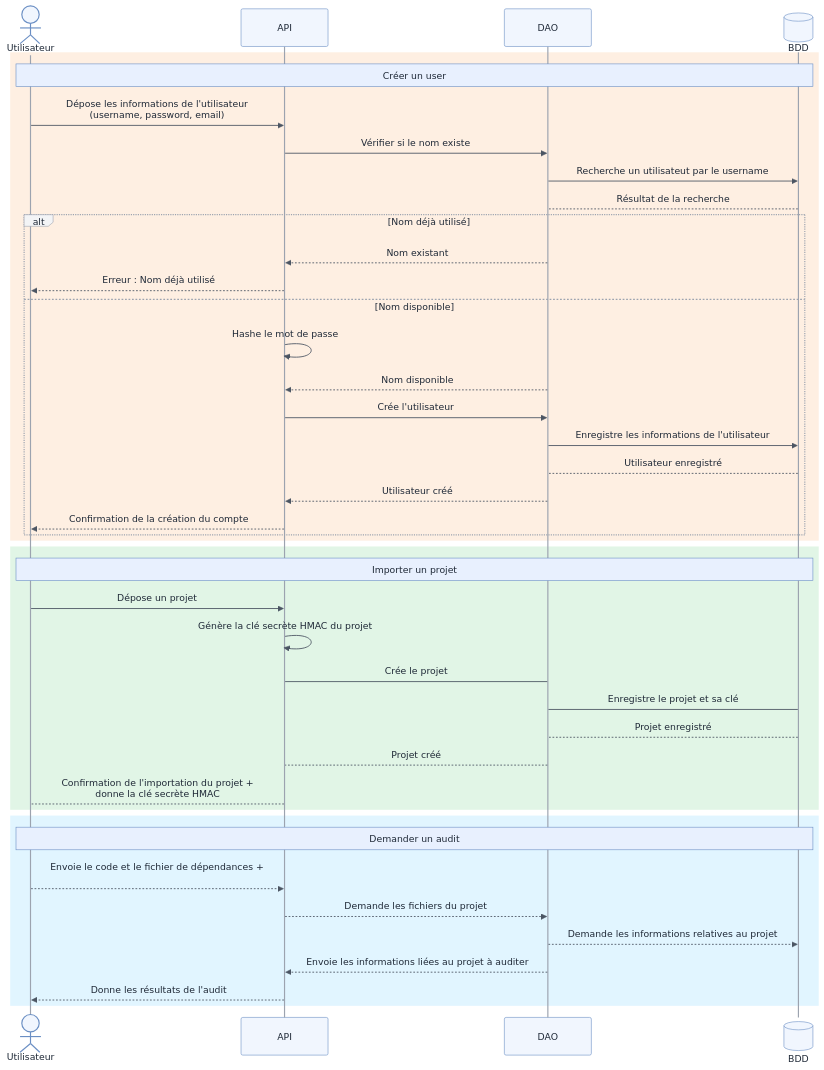
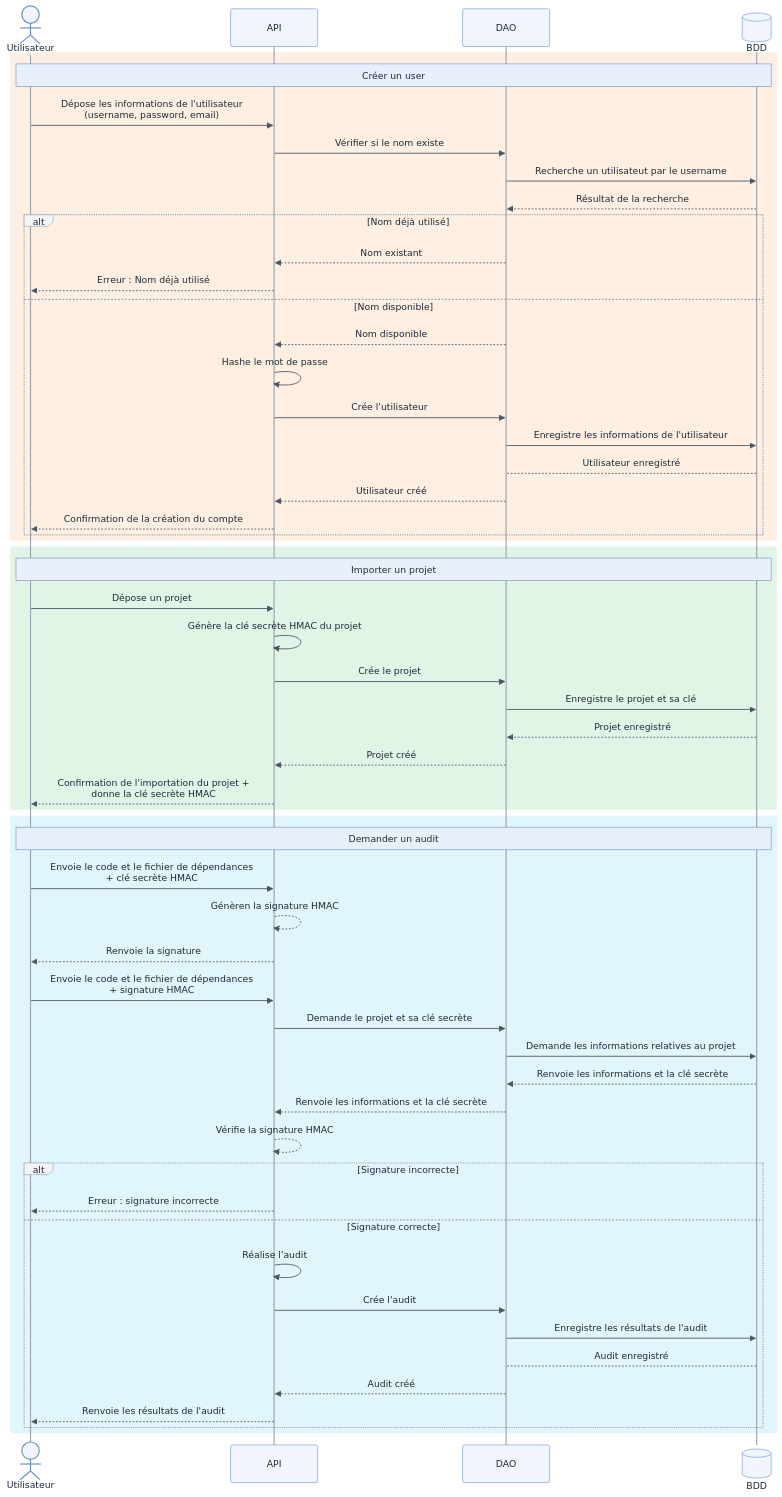
Before and after one commit to galahade-ncl/ensai-it-project-2a-team34: the diagram in doc/sequence_diagram.md, drawn with Mermaid.

Commit message:
diagramme de séquence du rapport

`````diff
--- a/doc/sequence_diagram.md
+++ b/doc/sequence_diagram.md
@@ -45,14 +45,14 @@
         Utilisateur->>API: Dépose les informations de l'utilisateur<br/>(username, password, email)
         API->>DAO: Vérifier si le nom existe
         DAO->>BDD: Recherche un utilisateut par le username
-        BDD-->DAO: Résultat de la recherche
+        BDD-->>DAO: Résultat de la recherche
 
         alt Nom déjà utilisé
             DAO-->>API: Nom existant
             API-->>Utilisateur: Erreur : Nom déjà utilisé
         else Nom disponible
+            DAO-->>API: Nom disponible
             API->>API: Hashe le mot de passe
-            DAO-->>API: Nom disponible
             API->>DAO: Crée l'utilisateur
             DAO->>BDD: Enregistre les informations de l'utilisateur
             BDD-->DAO: Utilisateur enregistré
@@ -67,22 +67,36 @@
         Utilisateur->>API: Dépose un projet
         API->>API: Génère la clé secrète HMAC du projet
 
-        API->DAO: Crée le projet
-        DAO->BDD: Enregistre le projet et sa clé
-        BDD-->DAO: Projet enregistré
-        DAO-->API: Projet créé
-        API-->Utilisateur: Confirmation de l'importation du projet + <br/>donne la clé secrète HMAC
+        API->>DAO: Crée le projet
+        DAO->>BDD: Enregistre le projet et sa clé
+        BDD-->>DAO: Projet enregistré
+        DAO-->>API: Projet créé
+        API-->>Utilisateur: Confirmation de l'importation du projet + <br/>donne la clé secrète HMAC
 
     end
 
     rect rgb(225, 245, 255)
         Note over Utilisateur,BDD: Demander un audit
 
-        Utilisateur-->>API: Envoie le code et le fichier de dépendances + <br/> 
-        API-->>DAO: Demande les fichiers du projet
-        DAO-->>BDD: Demande les informations relatives au projet
-        DAO-->>API: Envoie les informations liées au projet à auditer
-        API-->>Utilisateur: Donne les résultats de l'audit
+        Utilisateur->>API: Envoie le code et le fichier de dépendances <br/>+ clé secrète HMAC
+        API-->>API: Génèren la signature HMAC
+        API-->>Utilisateur: Renvoie la signature
+        Utilisateur->>API: Envoie le code et le fichier de dépendances <br/>+ signature HMAC
+        API->>DAO: Demande le projet et sa clé secrète
+        DAO->>BDD: Demande les informations relatives au projet
+        BDD-->>DAO: Renvoie les informations et la clé secrète
+        DAO-->>API: Renvoie les informations et la clé secrète
+        API-->>API: Vérifie la signature HMAC
+        alt Signature incorrecte
+            API-->>Utilisateur: Erreur : signature incorrecte
+        else Signature correcte
+            API->>API: Réalise l'audit
+            API->>DAO: Crée l'audit
+            DAO->>BDD: Enregistre les résultats de l'audit
+            BDD-->DAO: Audit enregistré
+            DAO-->>API: Audit créé
+            API-->>Utilisateur: Renvoie les résultats de l'audit
+        end
     end
 
 ````
`````
